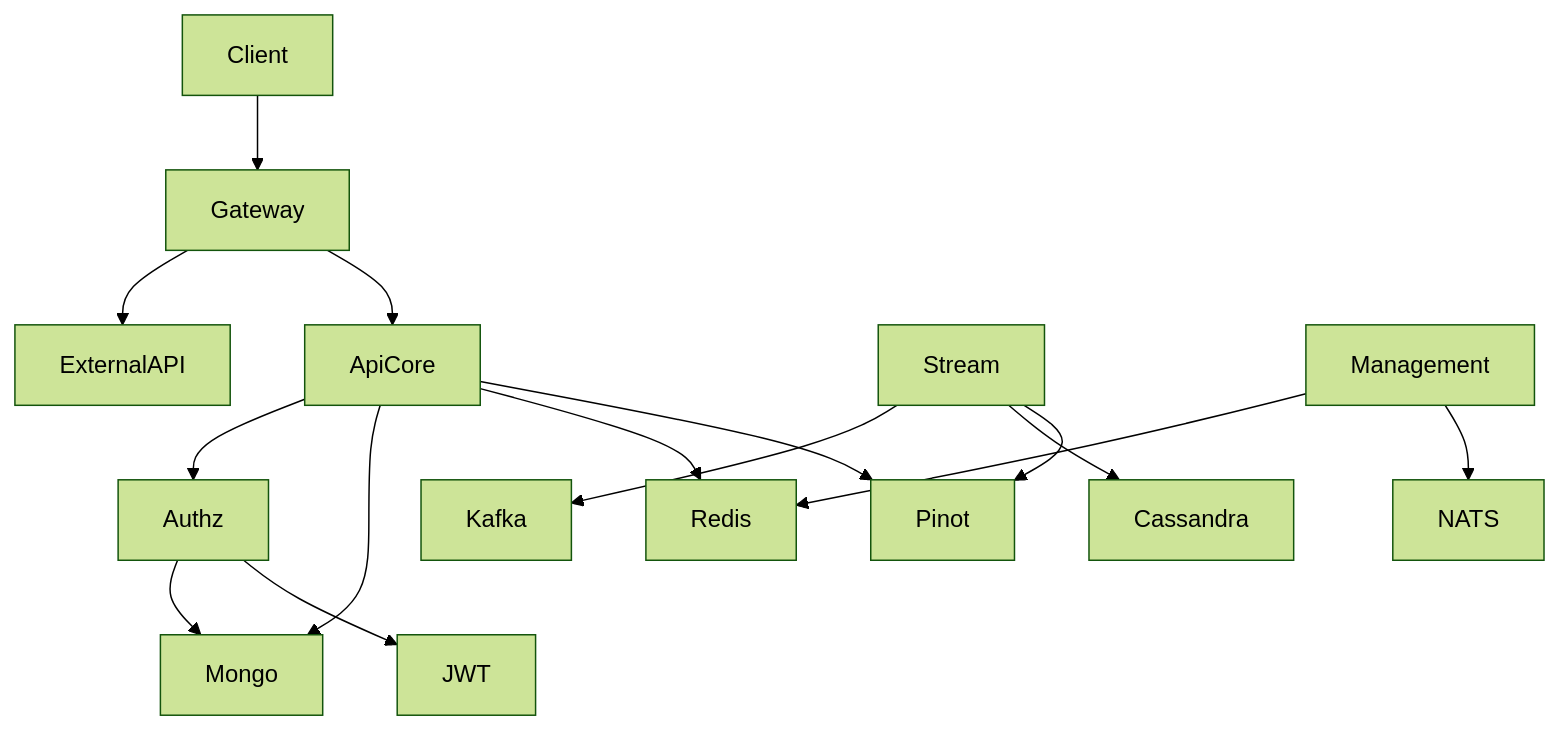
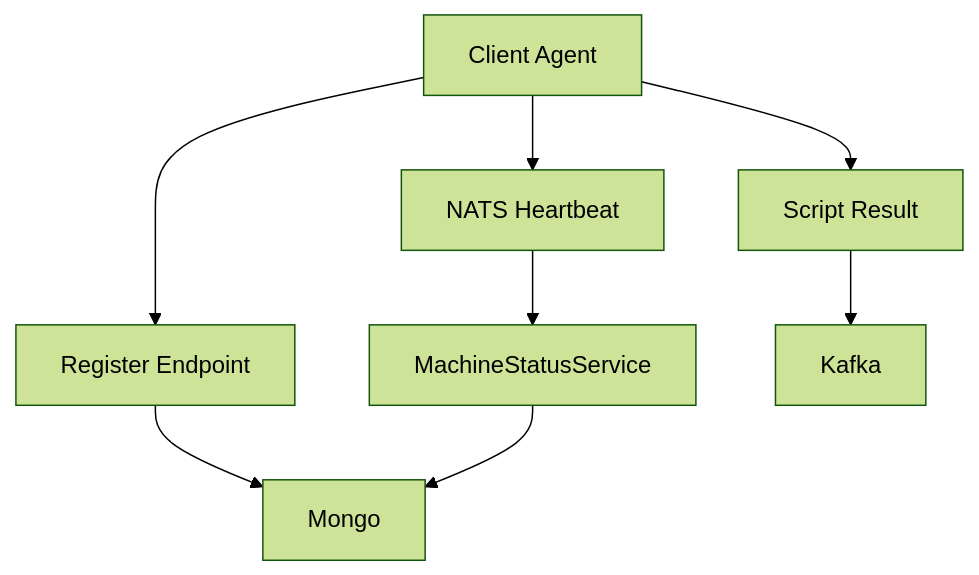
Before and after one commit to flamingo-stack/openframe-oss-lib: the sixth of 8 diagrams in docs/reference/architecture/README.md, drawn with Mermaid (forest theme). The commit also changed other lines of this file and 1809 other files, not shown here.

````diff
--- a/docs/reference/architecture/README.md
+++ b/docs/reference/architecture/README.md
@@ -375,21 +221,12 @@
 ```mermaid
 flowchart TD
-    Client --> Gateway
-    Gateway --> ExternalAPI
-    Gateway --> ApiCore
+    Agent["Client Agent"] --> Register["Register Endpoint"]
+    Register --> Mongo
 
-    ApiCore --> Authz
-    ApiCore --> Mongo
-    ApiCore --> Redis
-    ApiCore --> Pinot
+    Agent --> Heartbeat["NATS Heartbeat"]
+    Heartbeat --> UpdateStatus["MachineStatusService"]
+    UpdateStatus --> Mongo
 
-    Authz --> Mongo
-    Authz --> JWT
-
-    Stream --> Kafka
-    Stream --> Cassandra
-    Stream --> Pinot
-
-    Management --> Redis
-    Management --> NATS
+    Agent --> Result["Script Result"]
+    Result --> Kafka
 ```
````
